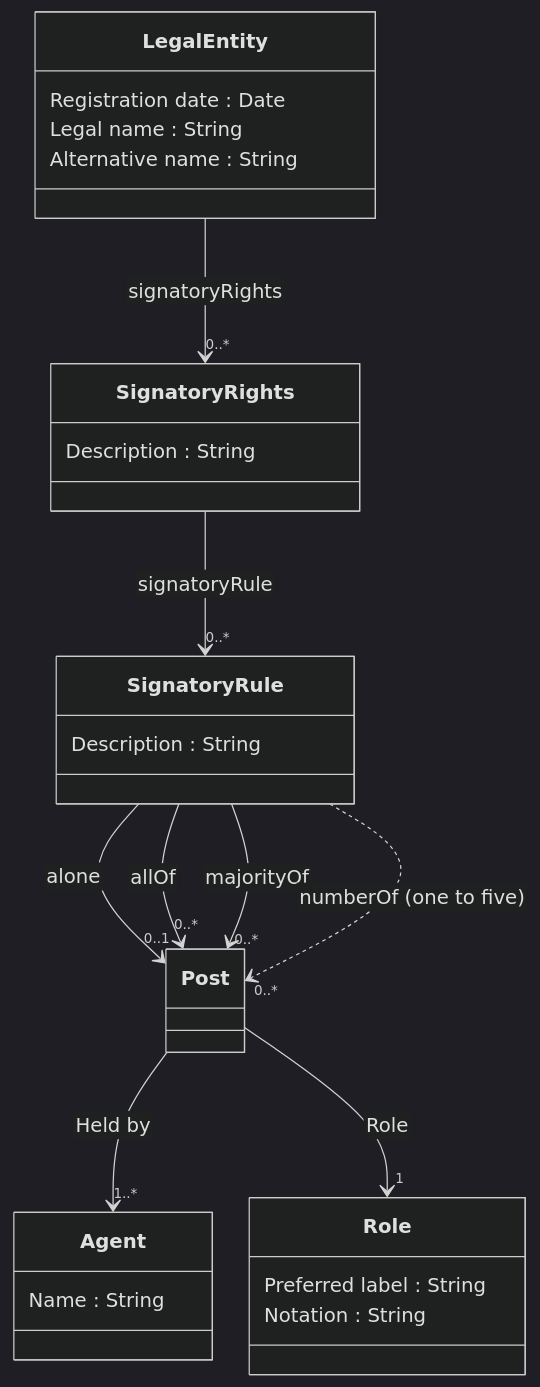
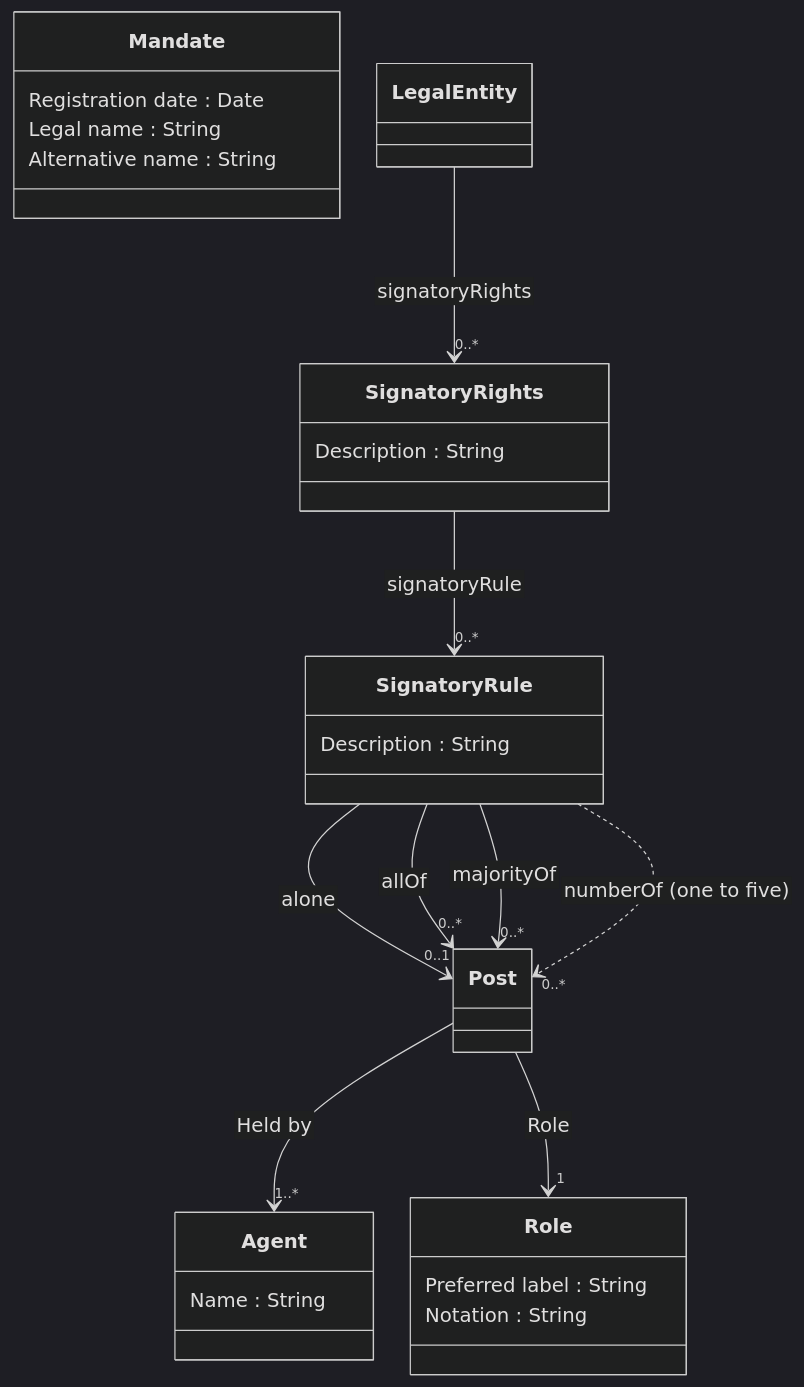
One commit to nordicsmartgovernment/Nordic-Signatory-Rights-Model changed the diagram in README.md. Above: the diagram before and after it, drawn with Mermaid (dark theme).

````diff
--- a/README.md
+++ b/README.md
@@ -163,44 +163,44 @@
 ```mermaid
  %%{init:{'flowchart':{'nodeSpacing': 30, 'rankSpacing': 95, 'htmlLabels': false}}}%%
     classDiagram
        
-        class LegalEntity {
+        class Mandate {
             Registration date : Date
             Legal name : String
             Alternative name : String
         }
 
         LegalEntity --> "0..*" SignatoryRights : signatoryRights
 
         class SignatoryRights {
             Description : String
         }
 
         SignatoryRights --> "0..*" SignatoryRule : signatoryRule
 
         class SignatoryRule {
             Description : String
         }
 
         SignatoryRule --> "0..1" Post : alone
         SignatoryRule --> "0..*" Post : allOf
         SignatoryRule --> "0..*" Post : majorityOf
         SignatoryRule ..> "0..*" Post : numberOf (one to five)
 
         class Post {
 
         }
 
         Post --> "1..*" Agent : Held by
         Post --> "1" Role : Role
 
         class Role {
             Preferred label : String
             Notation : String
         }
 
         class Agent {
             Name : String
         }
 
 ```
````
